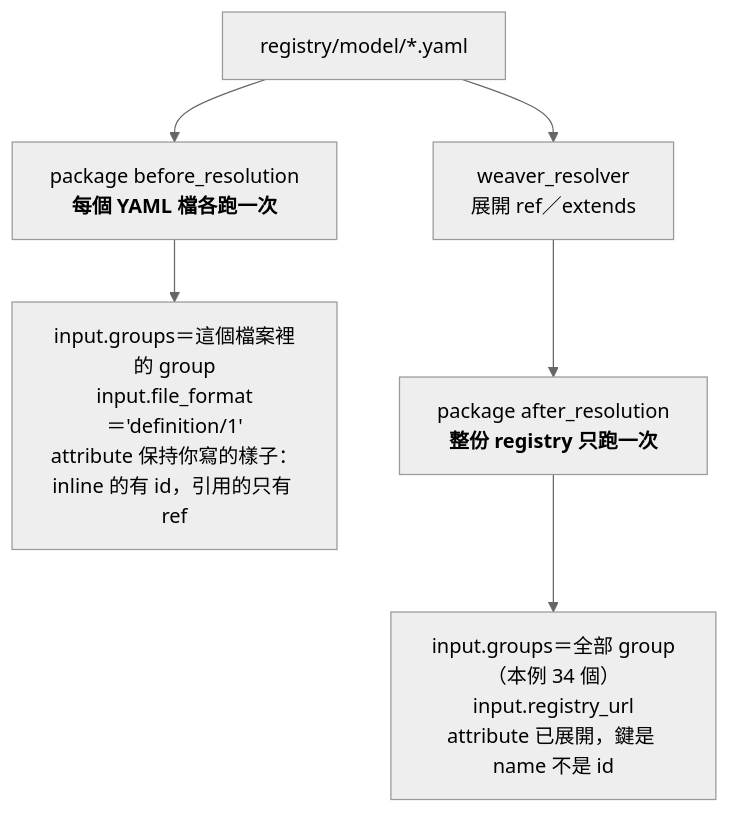
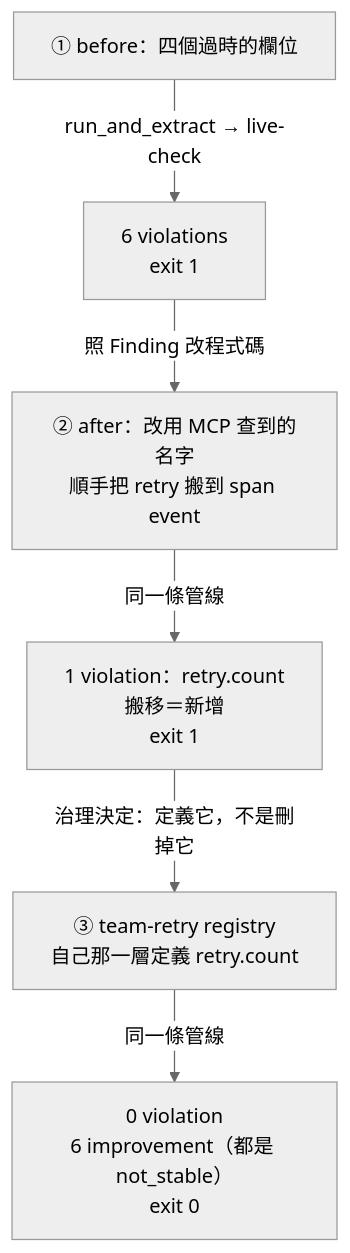
One commit to tedmax100/o11y-bench changed the third of 3 diagrams in weaver-demo/ironman-2026/day10.md. Above: the diagram before and after it, drawn with Mermaid (neutral theme). The commit also changed other lines of this file and 15 other files, not shown here.

````diff
--- a/weaver-demo/ironman-2026/day10.md
+++ b/weaver-demo/ironman-2026/day10.md
@@ -119,8 +431,8 @@
 ```mermaid
 flowchart TB
-    Y["registry/model/*.yaml"] --> B["package before_resolution<br/><b>每個 YAML 檔各跑一次</b>"]
-    B --> B1["input.groups＝這個檔案裡的 group<br/>input.file_format＝'definition/1'<br/>attribute 保持你寫的樣子：<br/>inline 的有 id，引用的只有 ref"]
-    Y --> R["weaver_resolver<br/>展開 ref／extends"]
-    R --> A["package after_resolution<br/><b>整份 registry 只跑一次</b>"]
-    A --> A1["input.groups＝全部 group（本例 34 個）<br/>input.registry_url<br/>attribute 已展開，鍵是 name 不是 id"]
+    C1["① before：四個過時的欄位"] -->|"run_and_extract → live-check"| F1["6 violations<br/>exit 1"]
+    F1 -->|"照 Finding 改程式碼"| C2["② after：改用 MCP 查到的名字<br/>順手把 retry 搬到 span event"]
+    C2 -->|"同一條管線"| F2["1 violation：retry.count<br/>搬移＝新增<br/>exit 1"]
+    F2 -->|"治理決定：定義它，不是刪掉它"| R["③ team-retry registry<br/>自己那一層定義 retry.count"]
+    R -->|"同一條管線"| F3["0 violation<br/>6 improvement（都是 not_stable）<br/>exit 0"]
 ```
````
